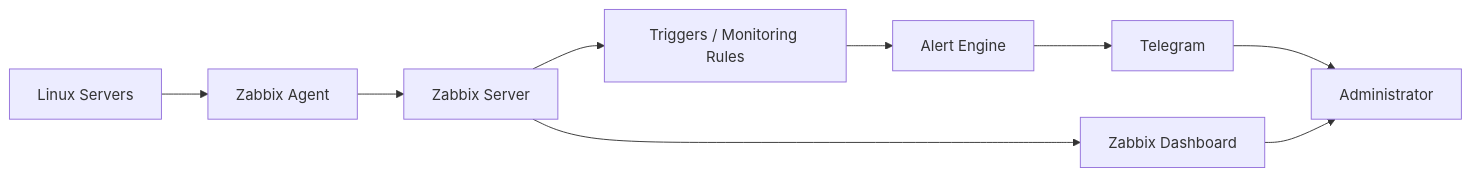
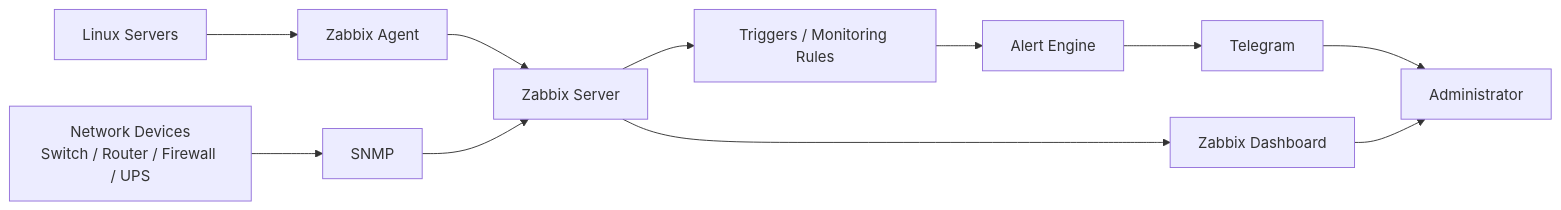
Before and after one commit to wenan1130/linux-monitoring-zabbix-telegram-case-study: the diagram in README.md, drawn with Mermaid.

````diff
--- a/README.md
+++ b/README.md
@@ -78,12 +78,17 @@
 ```mermaid
 flowchart LR
     A[Linux Servers] --> B[Zabbix Agent]
+    N[Network Devices<br/>Switch / Router / Firewall / UPS] --> S[SNMP]
+    
     B --> C[Zabbix Server]
+    S --> C
+
     C --> D[Triggers / Monitoring Rules]
     D --> E[Alert Engine]
+
     E --> F[Telegram]
     C --> G[Zabbix Dashboard]
 
     F --> H[Administrator]
     G --> H
 ```
````
